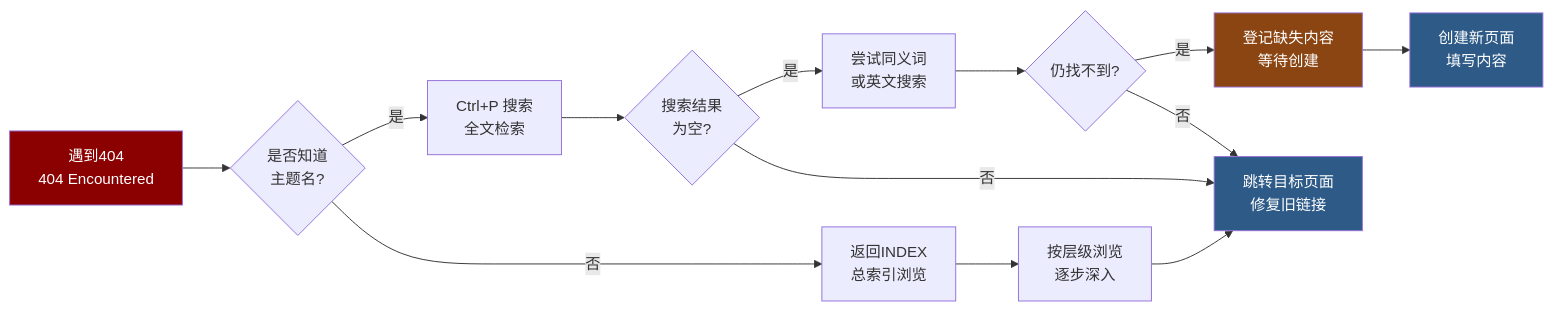
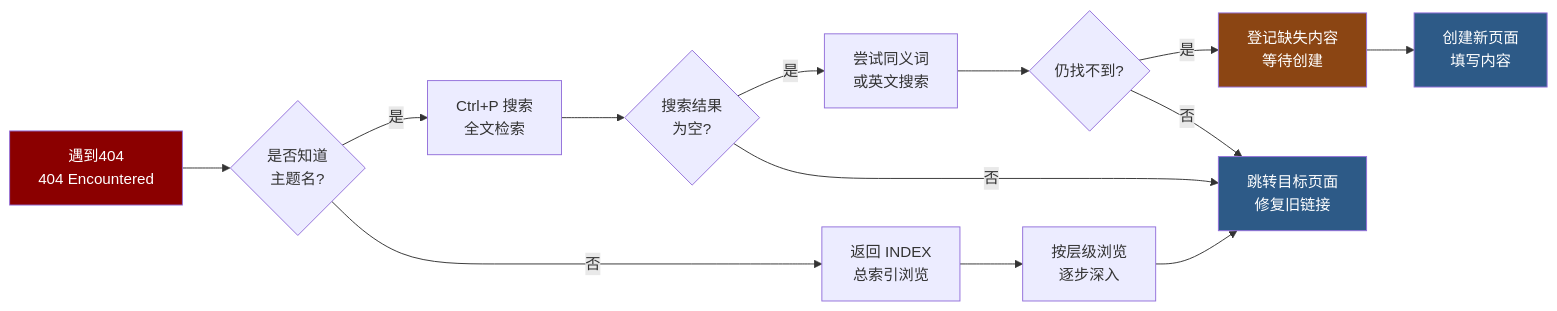
Before and after one commit to Tianshang301/TianshangKnowledgeBase: the second of 2 diagrams in 404.md, drawn with Mermaid. The commit also changed other lines of this file and 2257 other files, not shown here.

````diff
--- a/404.md
+++ b/404.md
@@ -114,19 +116,19 @@
 ```mermaid
 graph LR
   A["遇到404<br/>404 Encountered"] --> B{"是否知道<br/>主题名?"}
   B -->|"是"| C["Ctrl+P 搜索<br/>全文检索"]
-  B -->|"否"| D["返回INDEX<br/>总索引浏览"]
+  B -->|"否"| D["返回 INDEX<br/>总索引浏览"]
   C --> E{"搜索结果<br/>为空?"}
   E -->|"是"| F["尝试同义词<br/>或英文搜索"]
   E -->|"否"| G["跳转目标页面<br/>修复旧链接"]
   F --> H{"仍找不到?"}
   H -->|"是"| I["登记缺失内容<br/>等待创建"]
   H -->|"否"| G
   D --> J["按层级浏览<br/>逐步深入"]
   J --> G
   I --> K["创建新页面<br/>填写内容"]
   style A fill:#8b0000,color:#fff
   style G fill:#2d5a87,color:#fff
   style I fill:#8b4513,color:#fff
   style K fill:#2d5a87,color:#fff
 ```
````
